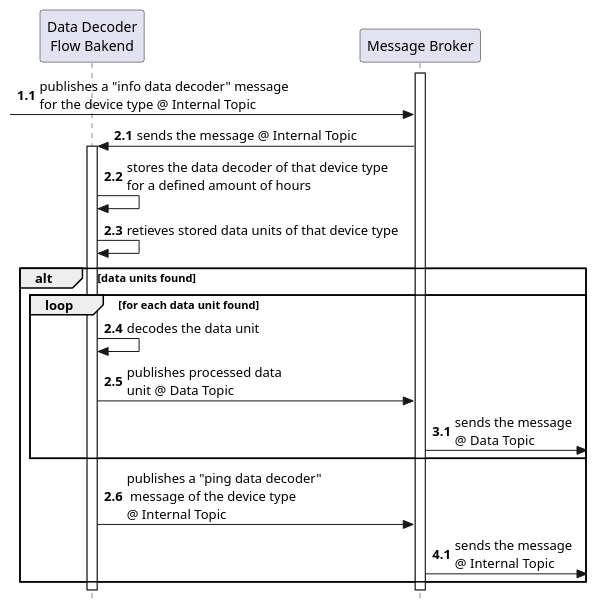
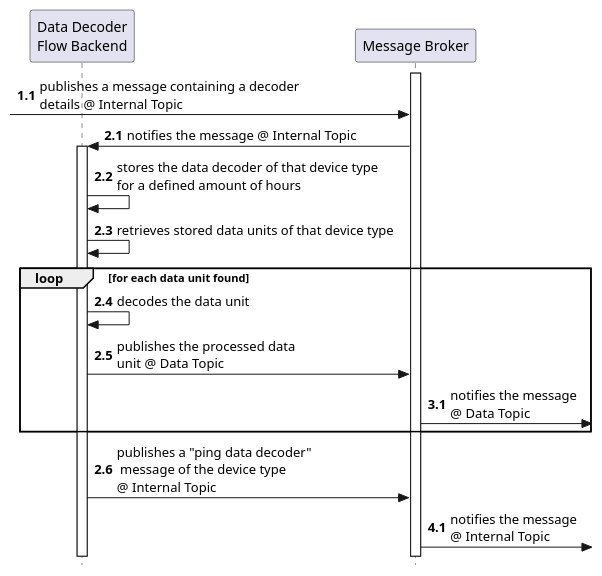
One commit to FilipeMCruz/dissertation changed the diagram in assets/diagrams/design/architectural/level2/process/data-decoder-flow-2.pu. Above: the diagram before and after it, drawn with PlantUML. The commit also changed 296 other files, not shown here.

```diff
--- a/assets/diagrams/design/architectural/level2/process/data-decoder-flow-2.pu
+++ b/assets/diagrams/design/architectural/level2/process/data-decoder-flow-2.pu
@@ -1,38 +1,35 @@
 @startuml data-decoder-flow-2
 
 autonumber 1.1
 
 skinparam style strictuml
 
-participant "Data Decoder\nFlow Bakend" as DECODER_FLOW
+participant "Data Decoder\nFlow Backend" as DECODER_FLOW
 participant "Message Broker" as MB
 
 activate MB
 
--> MB : publishes a "info data decoder" message\nfor the device type @ Internal Topic
+-> MB : publishes a message containing a decoder\ndetails @ Internal Topic
 
 autonumber inc A
-MB -> DECODER_FLOW : sends the message @ Internal Topic
+MB -> DECODER_FLOW : notifies the message @ Internal Topic
 activate DECODER_FLOW
 DECODER_FLOW -> DECODER_FLOW : stores the data decoder of that device type\nfor a defined amount of hours
-DECODER_FLOW -> DECODER_FLOW : retieves stored data units of that device type
+DECODER_FLOW -> DECODER_FLOW : retrieves stored data units of that device type
 
-alt data units found
-    loop for each data unit found
-        DECODER_FLOW -> DECODER_FLOW : decodes the data unit
-        DECODER_FLOW -> MB : publishes processed data\nunit @ Data Topic
+loop for each data unit found
+    DECODER_FLOW -> DECODER_FLOW : decodes the data unit
+    DECODER_FLOW -> MB : publishes the processed data\nunit @ Data Topic
 
-        autonumber inc A
-        MB ->? :  sends the message\n@ Data Topic
-
-    end
-    autonumber 2.6
-    DECODER_FLOW -> MB : publishes a "ping data decoder"\n message of the device type\n@ Internal Topic
-    
     autonumber inc A
-    autonumber inc A
-    MB ->? : sends the message\n@ Internal Topic
+    MB ->? :  notifies the message\n@ Data Topic
 
 end
+autonumber 2.6
+DECODER_FLOW -> MB : publishes a "ping data decoder"\n message of the device type\n@ Internal Topic
+
+autonumber inc A
+autonumber inc A
+MB ->? : notifies the message\n@ Internal Topic
 
 @enduml
```
